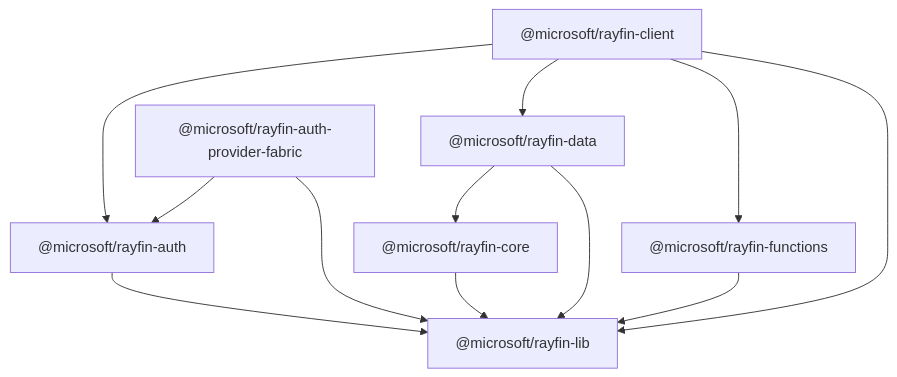
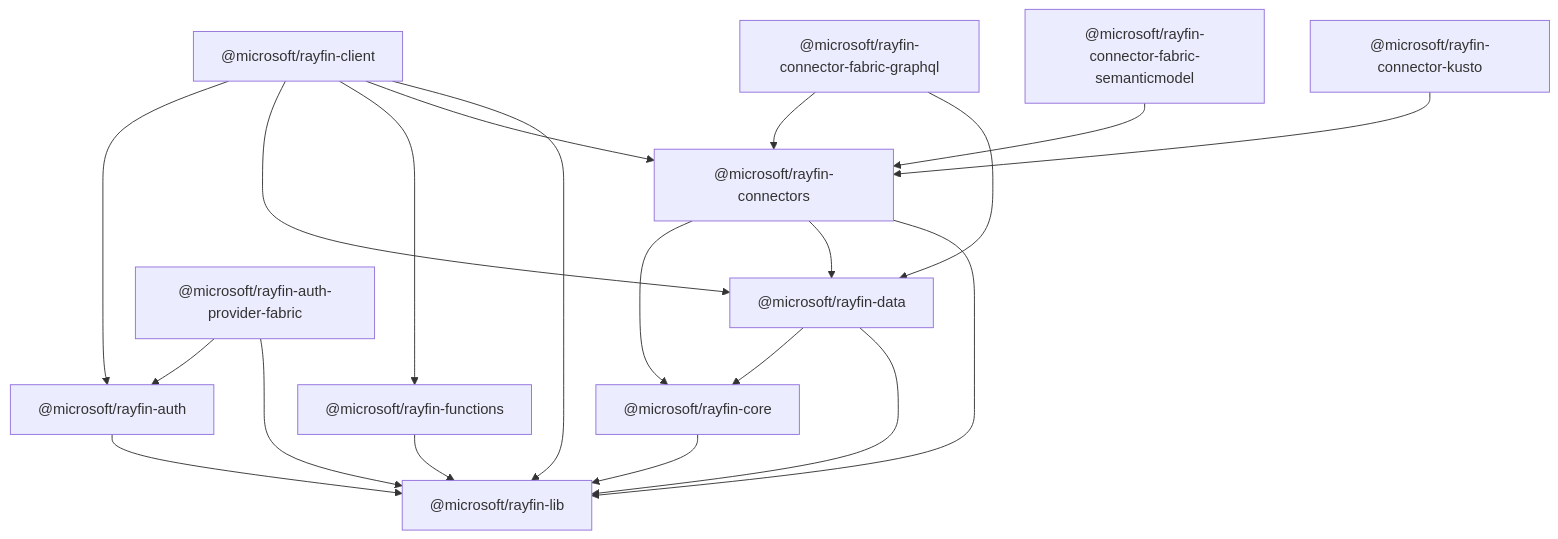
One commit to spatney/rayfin-docs changed the diagram in content/docs/reference/sdk/index.mdx. Above: the diagram before and after it, drawn with Mermaid. The commit also changed other lines of this file and 38 other files, not shown here.

First line of the commit message:
feat: Add documentation for Fabric SQL sources, aggregations, and Kusto connectors

````diff
--- a/content/docs/reference/sdk/index.mdx
+++ b/content/docs/reference/sdk/index.mdx
@@ -37,14 +41,22 @@
 ```mermaid
 graph TD
   Client["@microsoft/rayfin-client"] --> Auth["@microsoft/rayfin-auth"]
   Client --> Data["@microsoft/rayfin-data"]
   Client --> Functions["@microsoft/rayfin-functions"]
+  Client --> Connectors["@microsoft/rayfin-connectors"]
   Client --> Lib["@microsoft/rayfin-lib"]
   AuthFabric["@microsoft/rayfin-auth-provider-fabric"] --> Auth
   AuthFabric --> Lib
+  FabricGraphQL["@microsoft/rayfin-connector-fabric-graphql"] --> Connectors
+  FabricGraphQL --> Data
+  FabricSemantic["@microsoft/rayfin-connector-fabric-semanticmodel"] --> Connectors
+  Kusto["@microsoft/rayfin-connector-kusto"] --> Connectors
+  Connectors --> Core
+  Connectors --> Data
+  Connectors --> Lib
   Data --> Core["@microsoft/rayfin-core"]
   Data --> Lib
   Auth --> Lib
   Functions --> Lib
   Core --> Lib
 ```
````
